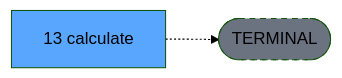
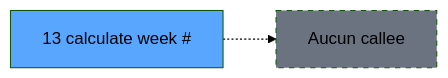
Before and after one commit to thonyAGP/lecteur-magic: the third of 3 diagrams in .openspec/specs/ADH-IDE-13.md, drawn with Mermaid (forest theme). The commit also changed other lines of this file and 96 other files, not shown here.

````diff
--- a/.openspec/specs/ADH-IDE-13.md
+++ b/.openspec/specs/ADH-IDE-13.md
@@ -134,8 +159,8 @@
 ```mermaid
 graph LR
-    T[13      calculate ]
-    TERM([TERMINAL])
-    T -.-> TERM
-    style TERM fill:#6b7280,stroke-dasharray: 5 5
-    style T fill:#58a6ff,color:#000
+    T13[13 calculate week #]
+    style T13 fill:#58a6ff
+    NONE[Aucun callee]
+    T13 -.-> NONE
+    style NONE fill:#6b7280,stroke-dasharray: 5 5
 ```
````
